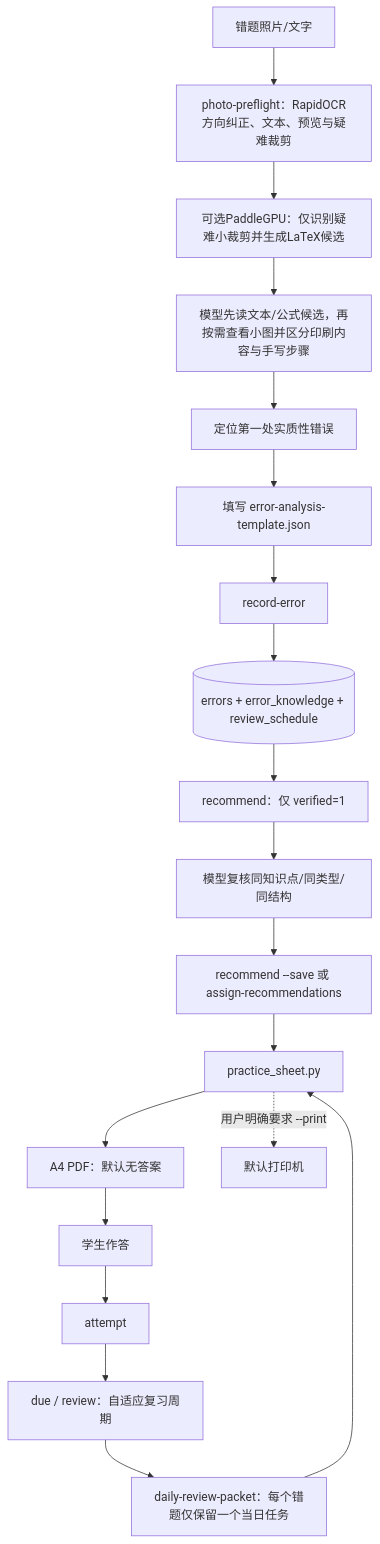
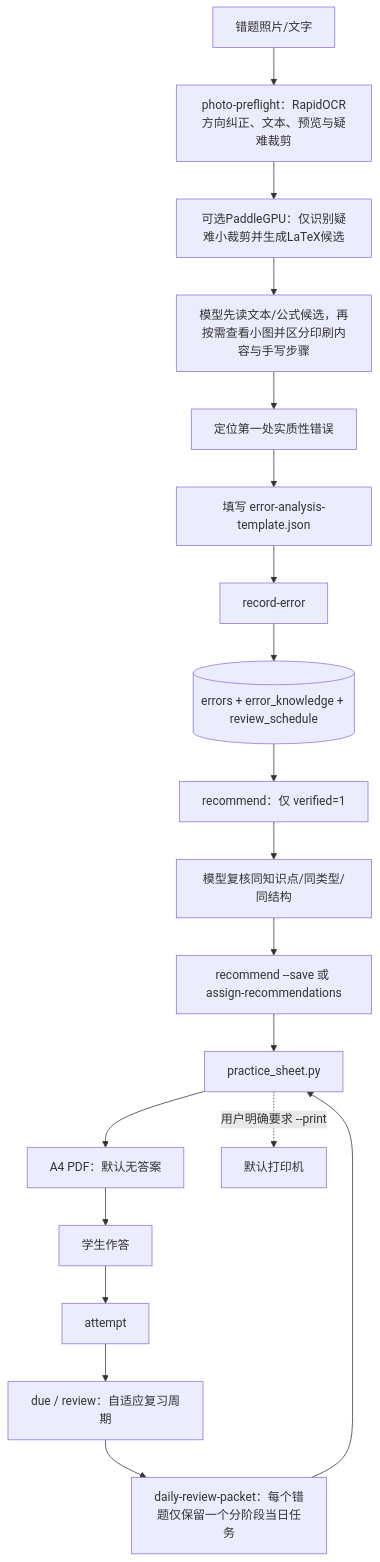
The second of 6 diagrams in PROJECT_ARCHITECTURE.md (chjesu/lizhaolin-math-error-notebook), drawn with Mermaid before and after one commit. The commit also changed other lines of this file and 4 other files, not shown here.

Commit message:
Add stage-aware daily review packets

````diff
--- a/PROJECT_ARCHITECTURE.md
+++ b/PROJECT_ARCHITECTURE.md
@@ -54,21 +54,21 @@
 ```mermaid
 flowchart TD
     IMG["错题照片/文字"] --> OCR["photo-preflight：RapidOCR方向纠正、文本、预览与疑难裁剪"]
     OCR --> FORMULA["可选PaddleGPU：仅识别疑难小裁剪并生成LaTeX候选"]
     FORMULA --> G["模型先读文本/公式候选，再按需查看小图并区分印刷内容与手写步骤"]
     G --> W["定位第一处实质性错误"]
     W --> J["填写 error-analysis-template.json"]
     J --> RE["record-error"]
     RE --> E[("errors + error_knowledge + review_schedule")]
     E --> RC["recommend：仅 verified=1"]
     RC --> RV["模型复核同知识点/同类型/同结构"]
     RV --> SR["recommend --save 或 assign-recommendations"]
     SR --> PS["practice_sheet.py"]
     PS --> PDF["A4 PDF：默认无答案"]
     PS -. "用户明确要求 --print" .-> PRINT["默认打印机"]
     PDF --> AT["学生作答"]
     AT --> ATT["attempt"]
     ATT --> DUE["due / review：自适应复习周期"]
-    DUE --> DP["daily-review-packet：每个错题仅保留一个当日任务"]
+    DUE --> DP["daily-review-packet：每个错题仅保留一个分阶段当日任务"]
     DP --> PS
 ```
````
